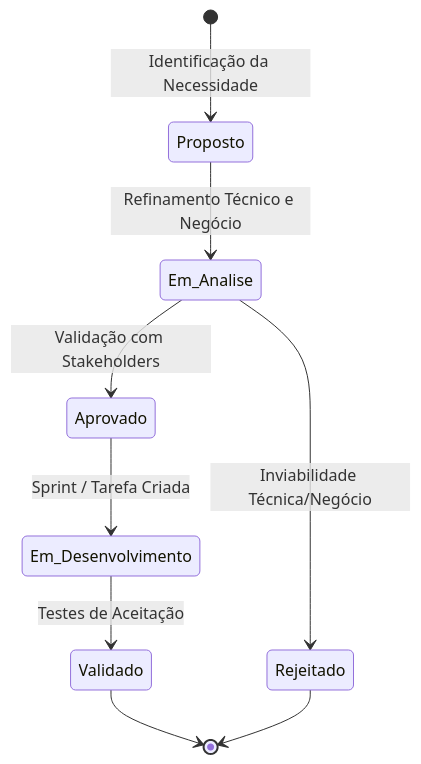
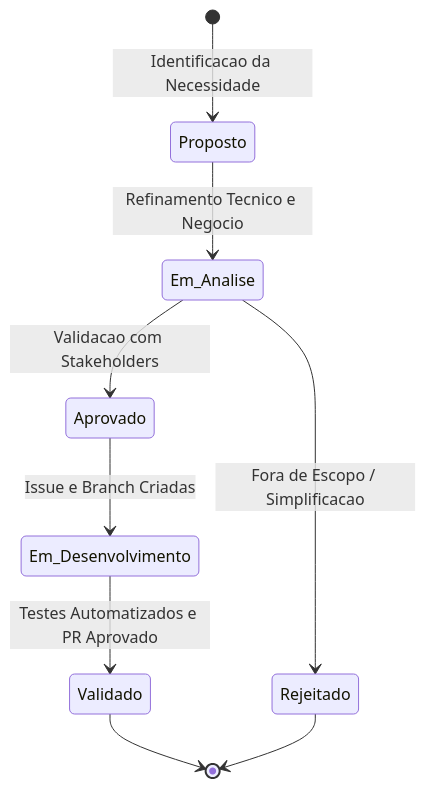
One commit to lucasssmira/monitoramento_precos changed the diagram in docs/requisitos/index.md. Above: the diagram before and after it, drawn with Mermaid. The commit also changed other lines of this file and 8 other files, not shown here.

Commit message:
docs(requisitos): consolidar escopo do mvp, regras de negocio e arquitetura

````diff
--- a/docs/requisitos/index.md
+++ b/docs/requisitos/index.md
@@ -33,12 +33,12 @@
 ```mermaid
 stateDiagram-v2
-    [*] --> Proposto: Identificação da Necessidade
-    Proposto --> Em_Analise: Refinamento Técnico e Negócio
-    Em_Analise --> Aprovado: Validação com Stakeholders
-    Aprovado --> Em_Desenvolvimento: Sprint / Tarefa Criada
-    Em_Desenvolvimento --> Validado: Testes de Aceitação
+    [*] --> Proposto: Identificacao da Necessidade
+    Proposto --> Em_Analise: Refinamento Tecnico e Negocio
+    Em_Analise --> Aprovado: Validacao com Stakeholders
+    Aprovado --> Em_Desenvolvimento: Issue e Branch Criadas
+    Em_Desenvolvimento --> Validado: Testes Automatizados e PR Aprovado
     Validado --> [*]
     
-    Em_Analise --> Rejeitado: Inviabilidade Técnica/Negócio
+    Em_Analise --> Rejeitado: Fora de Escopo / Simplificacao
     Rejeitado --> [*]
 ```
````
